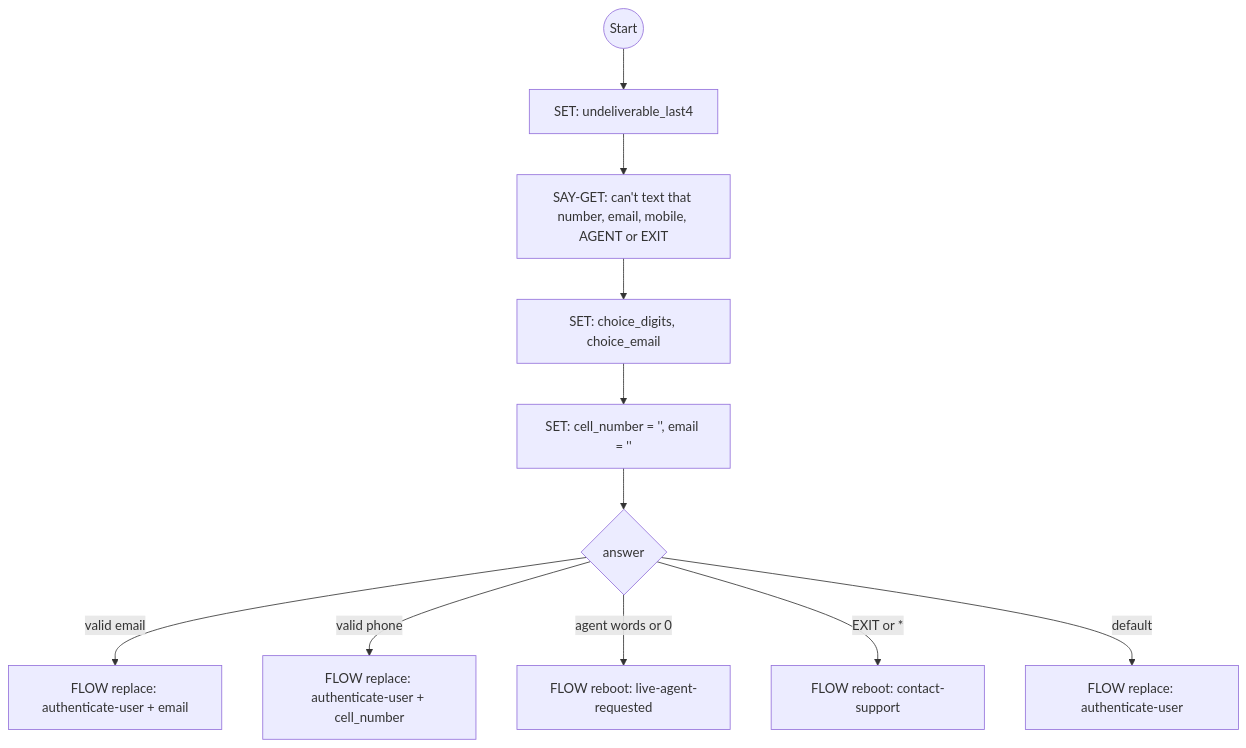
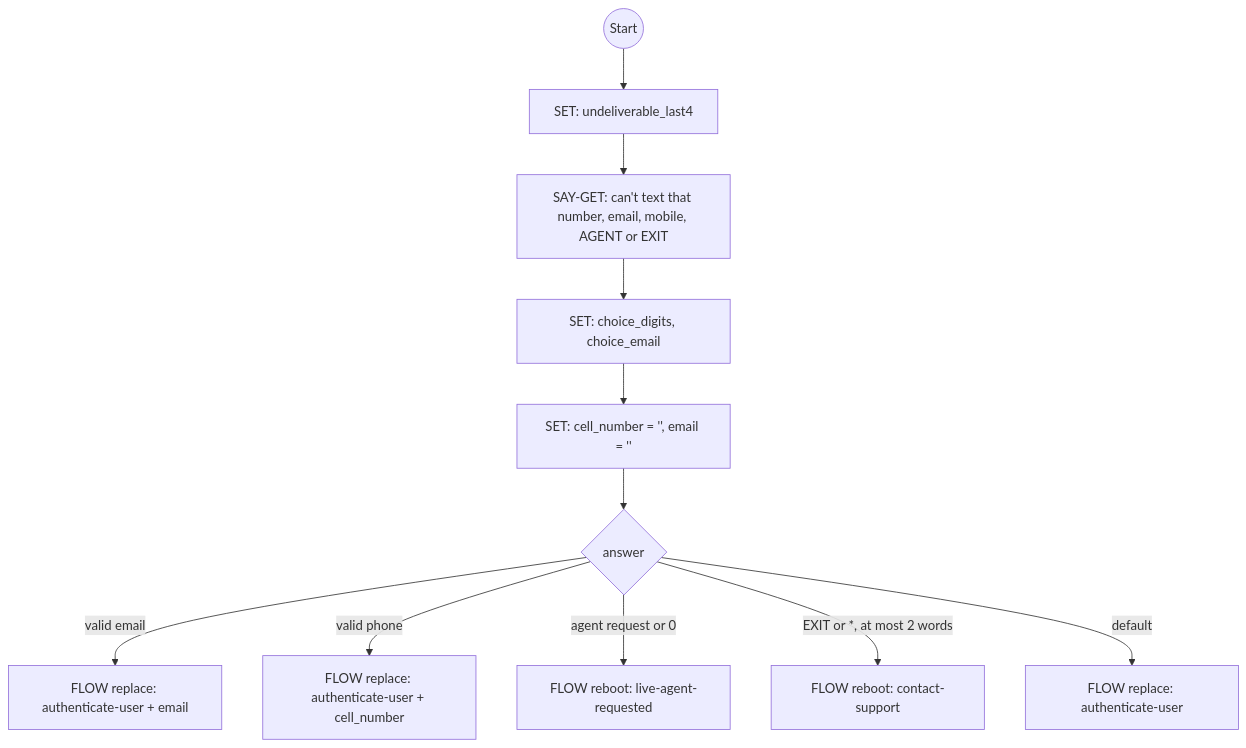
One commit to ronpinkas/jsfe changed diagram 12 of 14 in docs/system-flows.md. Above: the diagram before and after it, drawn with Mermaid. The commit also changed other lines of this file and 1 other file, not shown here.

Commit message:
docs: system and Shopify flow pages on the shared answer vocabulary (isAnswer, isAgentRequest)

````diff
--- a/docs/system-flows.md
+++ b/docs/system-flows.md
@@ -597,13 +602,13 @@
 ```mermaid
 graph TD
     start((Start)) --> describe_number[SET: undeliverable_last4]
     describe_number --> ask_other_contact[SAY-GET: can't text that number, email, mobile, AGENT or EXIT]
     ask_other_contact --> read[SET: choice_digits, choice_email]
     read --> clear[SET: cell_number = '', email = '']
     clear --> handle_choice{answer}
     handle_choice -->|valid email| try_email[FLOW replace: authenticate-user + email]
     handle_choice -->|valid phone| try_other_cell[FLOW replace: authenticate-user + cell_number]
-    handle_choice -->|agent words or 0| goto_live_agent[FLOW reboot: live-agent-requested]
-    handle_choice -->|EXIT or *| abort_process[FLOW reboot: contact-support]
+    handle_choice -->|agent request or 0| goto_live_agent[FLOW reboot: live-agent-requested]
+    handle_choice -->|EXIT or *, at most 2 words| abort_process[FLOW reboot: contact-support]
     handle_choice -->|default| ask_contact_again[FLOW replace: authenticate-user]
 ```
````
